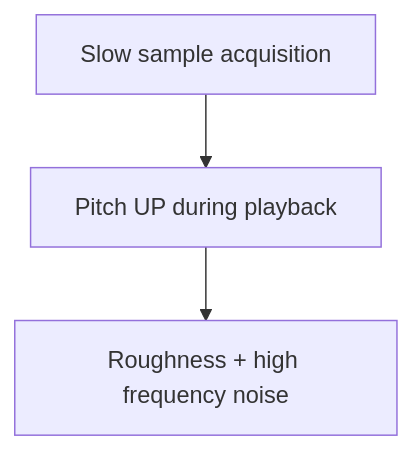
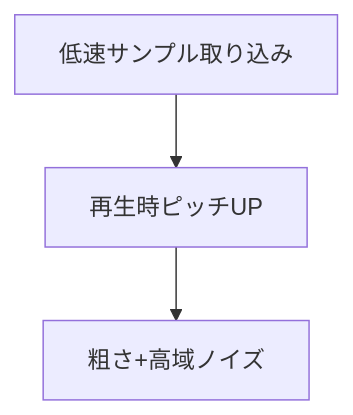
Before and after one commit to monumental-movement/monumental-movement.github.io: diagram 19 of 21 in en/_posts/2025-11-20-column-akai-mpc-60-emu-sp1200.md, drawn with Mermaid. The commit also changed other lines of this file and 2196 other files, not shown here.

```diff
--- a/en/_posts/2025-11-20-column-akai-mpc-60-emu-sp1200.md
+++ b/en/_posts/2025-11-20-column-akai-mpc-60-emu-sp1200.md
@@ -483,6 +483,6 @@
 <div class="mermaid">
     
 flowchart TD
-    A["Slow sample acquisition"] --> B["Pitch UP during playback"] --> C["Roughness + high frequency noise"]
+    A["低速サンプル取り込み"] --> B["再生時ピッチUP"] --> C["粗さ+高域ノイズ"]
 
 </div> 
```
